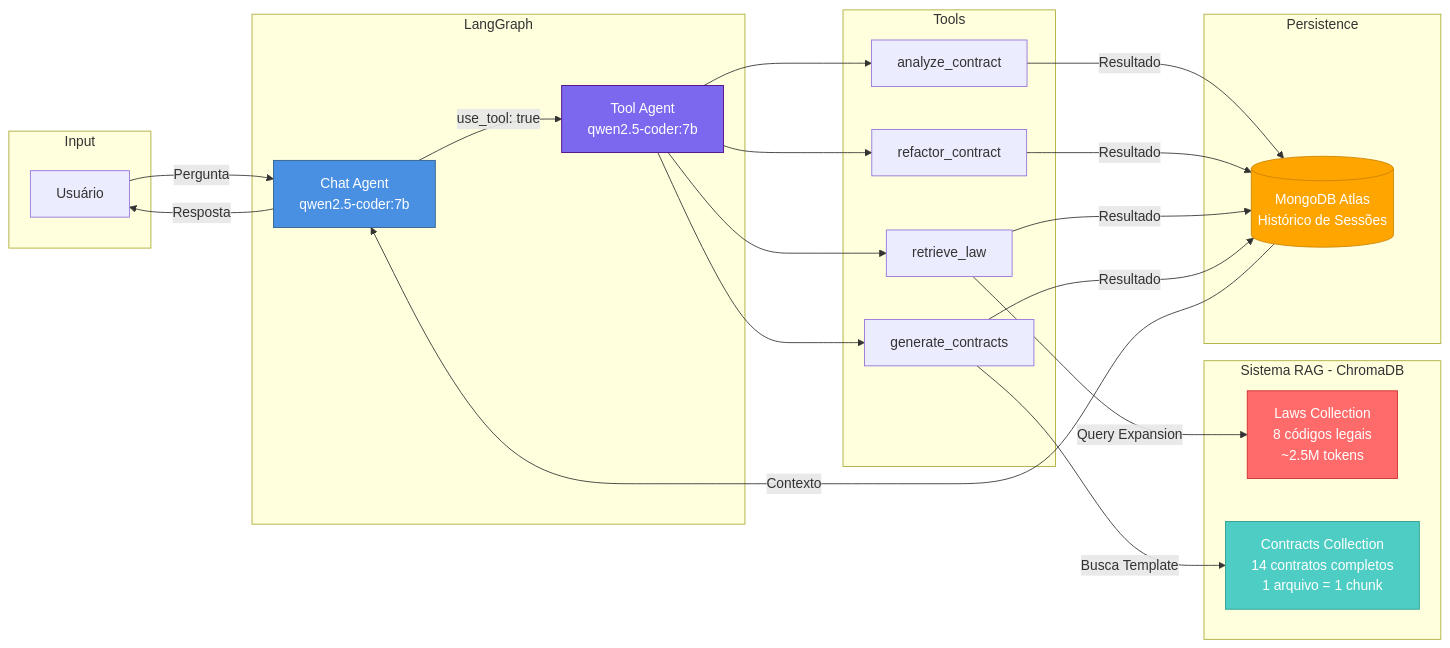
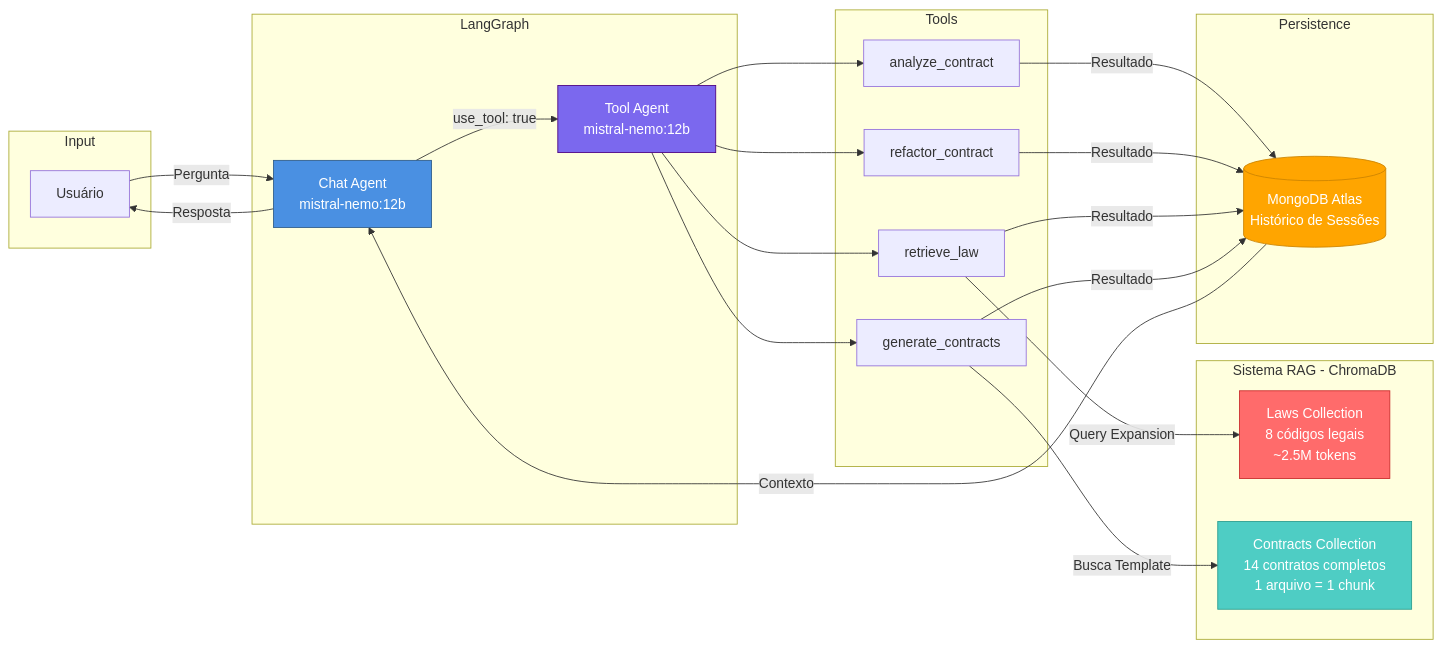
One commit to L3to/GS-IOT-solution changed the second of 3 diagrams in README.md. Above: the diagram before and after it, drawn with Mermaid. The commit also changed other lines of this file and 28 other files, not shown here.

````diff
--- a/README.md
+++ b/README.md
@@ -93,42 +97,42 @@
 ```mermaid
 graph LR
     subgraph Input
         User[Usuário]
     end
     
     subgraph LangGraph
-        CA[Chat Agent<br/>qwen2.5-coder:7b]
-        TA[Tool Agent<br/>qwen2.5-coder:7b]
+        CA[Chat Agent<br/>mistral-nemo:12b]
+        TA[Tool Agent<br/>mistral-nemo:12b]
     end
     
     subgraph RAG_System[Sistema RAG - ChromaDB]
         LC[Laws Collection<br/>8 códigos legais<br/>~2.5M tokens]
         CC[Contracts Collection<br/>14 contratos completos<br/>1 arquivo = 1 chunk]
     end
     
     subgraph Tools
         T1[analyze_contract]
         T2[refactor_contract]
         T3[retrieve_law]
         T4[generate_contracts]
     end
     
     subgraph Persistence
         Mongo[(MongoDB Atlas<br/>Histórico de Sessões)]
     end
     
     User -->|Pergunta| CA
     CA -->|use_tool: true| TA
     TA --> T1 & T2 & T3 & T4
     T3 -->|Query Expansion| LC
     T4 -->|Busca Template| CC
     T1 & T2 & T3 & T4 -->|Resultado| Mongo
     Mongo -->|Contexto| CA
     CA -->|Resposta| User
     
     style LC fill:#FF6B6B,stroke:#C92A2A,color:#fff
     style CC fill:#4ECDC4,stroke:#2A9D8F,color:#fff
     style CA fill:#4A90E2,stroke:#2E5C8A,color:#fff
     style TA fill:#7B68EE,stroke:#4B0082,color:#fff
     style Mongo fill:#FFA500,stroke:#CC8400,color:#fff
 ```
````
